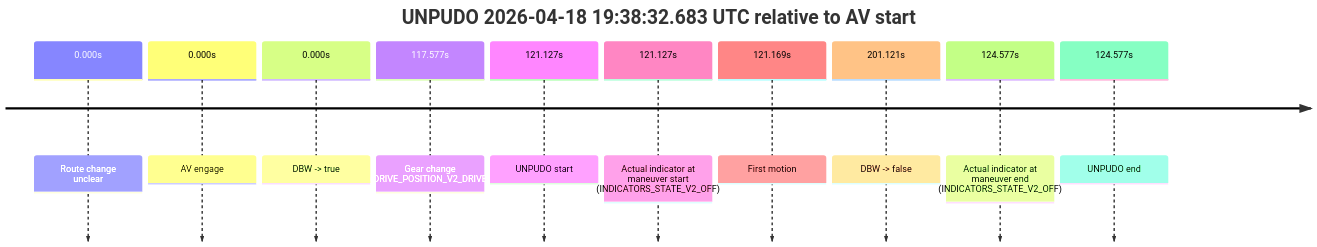
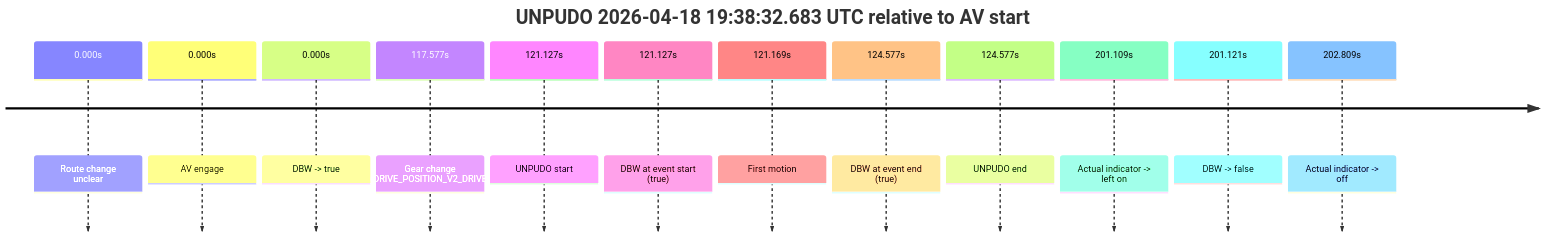
Before and after one commit to yoelshapiro/vault: the second of 3 diagrams in model_analysis/report_cards/2026/04/Week-3/fme20002--2026-04-18--19-15-35--gen2-av-5854f931-35f6-449b-83bc-06f77637cb31.md, drawn with Mermaid. The commit also changed other lines of this file and 32 other files, not shown here.

````diff
--- a/model_analysis/report_cards/2026/04/Week-3/fme20002--2026-04-18--19-15-35--gen2-av-5854f931-35f6-449b-83bc-06f77637cb31.md
+++ b/model_analysis/report_cards/2026/04/Week-3/fme20002--2026-04-18--19-15-35--gen2-av-5854f931-35f6-449b-83bc-06f77637cb31.md
@@ -301,14 +138,16 @@
 ```mermaid
 timeline
     title UNPUDO 2026-04-18 19:38:32.683 UTC relative to AV start
     0.000s : Route change unclear
     0.000s : AV engage
     0.000s : DBW -> true
     117.577s : Gear change (DRIVE_POSITION_V2_DRIVE)
     121.127s : UNPUDO start
-    121.127s : Actual indicator at maneuver start (INDICATORS_STATE_V2_OFF)
+    121.127s : DBW at event start (true)
     121.169s : First motion
+    124.577s : DBW at event end (true)
+    124.577s : UNPUDO end
+    201.109s : Actual indicator -> left on
     201.121s : DBW -> false
-    124.577s : Actual indicator at maneuver end (INDICATORS_STATE_V2_OFF)
-    124.577s : UNPUDO end
+    202.809s : Actual indicator -> off
 ```
````
